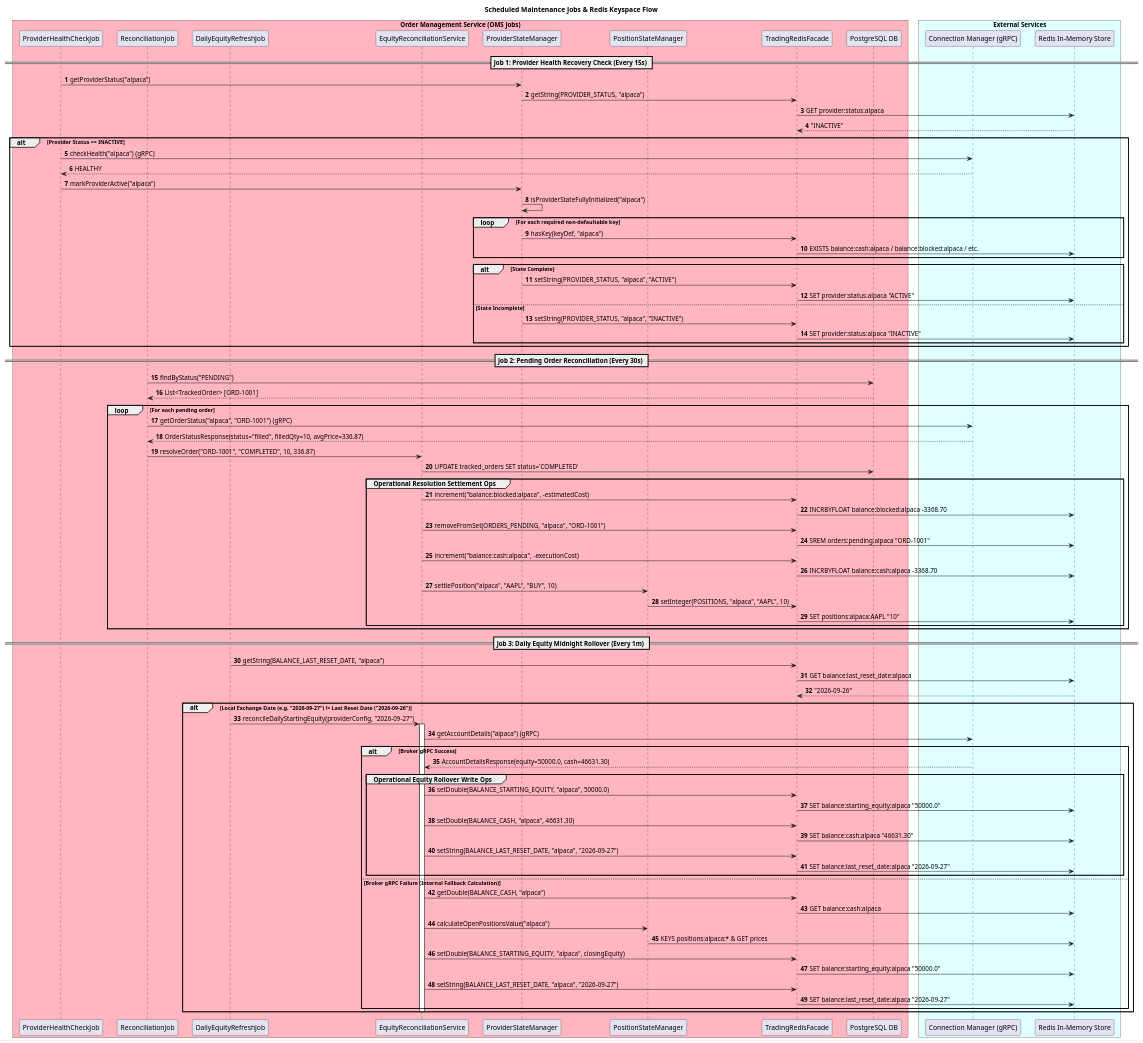
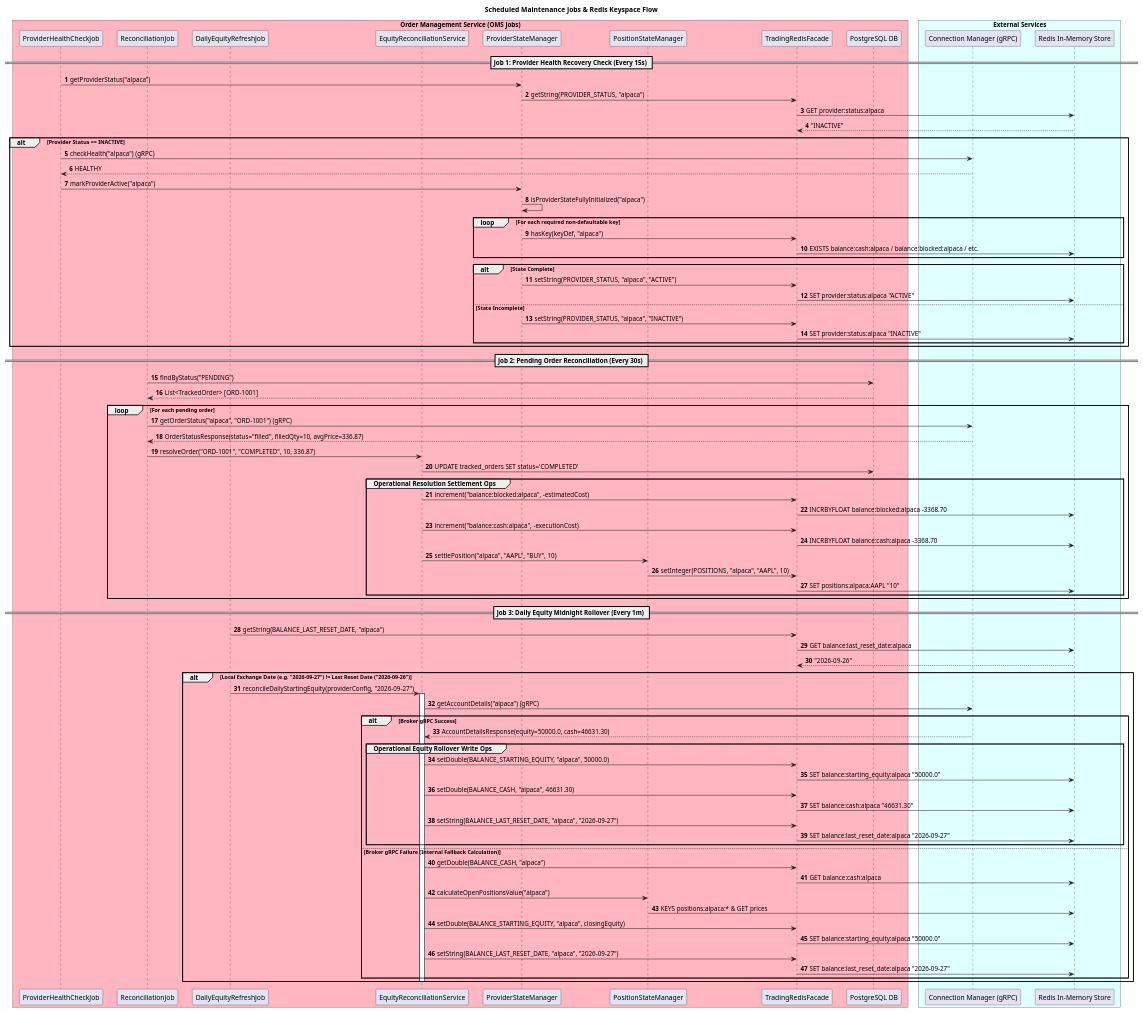
One commit to jeshupatelg/distributed-trading-system changed the diagram in design/redis-keys-flow/jobs.puml. Above: the diagram before and after it, drawn with PlantUML. The commit also changed 11 other files, not shown here.

Commit message:
feat(redis,state): remove dead write-only key ORDERS_PENDING across OPS, OMS, shared-models, and docs

```diff
--- a/design/redis-keys-flow/jobs.puml
+++ b/design/redis-keys-flow/jobs.puml
@@ -1,104 +1,102 @@
 @startuml jobs_sequence
 title Scheduled Maintenance Jobs & Redis Keyspace Flow
 
 autonumber
 skinparam BoxPadding 10
 skinparam ParticipantPadding 10
 
 box "Order Management Service (OMS Jobs)" #LightPink
 participant "ProviderHealthCheckJob" as PHJ
 participant "ReconciliationJob" as RJ
 participant "DailyEquityRefreshJob" as DERJ
 participant "EquityReconciliationService" as ERS
 participant "ProviderStateManager" as PSM
 participant "PositionStateManager" as POS
 participant "TradingRedisFacade" as TRF
 participant "PostgreSQL DB" as DB
 end box
 
 box "External Services" #LightCyan
 participant "Connection Manager (gRPC)" as CM
 participant "Redis In-Memory Store" as Redis
 end box
 
 == Job 1: Provider Health Recovery Check (Every 15s) ==
 PHJ -> PSM: getProviderStatus("alpaca")
 PSM -> TRF: getString(PROVIDER_STATUS, "alpaca")
 TRF -> Redis: GET provider:status:alpaca
 Redis --> TRF: "INACTIVE"
 
 alt Provider Status == INACTIVE
     PHJ -> CM: checkHealth("alpaca") (gRPC)
     CM --> PHJ: HEALTHY
     PHJ -> PSM: markProviderActive("alpaca")
     PSM -> PSM: isProviderStateFullyInitialized("alpaca")
     loop For each required non-defaultable key
         PSM -> TRF: hasKey(keyDef, "alpaca")
         TRF -> Redis: EXISTS balance:cash:alpaca / balance:blocked:alpaca / etc.
     end
     alt State Complete
         PSM -> TRF: setString(PROVIDER_STATUS, "alpaca", "ACTIVE")
         TRF -> Redis: SET provider:status:alpaca "ACTIVE"
     else State Incomplete
         PSM -> TRF: setString(PROVIDER_STATUS, "alpaca", "INACTIVE")
         TRF -> Redis: SET provider:status:alpaca "INACTIVE"
     end
 end
 
 == Job 2: Pending Order Reconciliation (Every 30s) ==
 RJ -> DB: findByStatus("PENDING")
 DB --> RJ: List<TrackedOrder> [ORD-1001]
 
 loop For each pending order
     RJ -> CM: getOrderStatus("alpaca", "ORD-1001") (gRPC)
     CM --> RJ: OrderStatusResponse(status="filled", filledQty=10, avgPrice=336.87)
     RJ -> ERS: resolveOrder("ORD-1001", "COMPLETED", 10, 336.87)
     ERS -> DB: UPDATE tracked_orders SET status='COMPLETED'
     
     group Operational Resolution Settlement Ops
         ERS -> TRF: increment("balance:blocked:alpaca", -estimatedCost)
         TRF -> Redis: INCRBYFLOAT balance:blocked:alpaca -3368.70
-        ERS -> TRF: removeFromSet(ORDERS_PENDING, "alpaca", "ORD-1001")
-        TRF -> Redis: SREM orders:pending:alpaca "ORD-1001"
         ERS -> TRF: increment("balance:cash:alpaca", -executionCost)
         TRF -> Redis: INCRBYFLOAT balance:cash:alpaca -3368.70
         ERS -> POS: settlePosition("alpaca", "AAPL", "BUY", 10)
         POS -> TRF: setInteger(POSITIONS, "alpaca", "AAPL", 10)
         TRF -> Redis: SET positions:alpaca:AAPL "10"
     end
 end
 
 == Job 3: Daily Equity Midnight Rollover (Every 1m) ==
 DERJ -> TRF: getString(BALANCE_LAST_RESET_DATE, "alpaca")
 TRF -> Redis: GET balance:last_reset_date:alpaca
 Redis --> TRF: "2026-09-26"
 
 alt Local Exchange Date (e.g. "2026-09-27") != Last Reset Date ("2026-09-26")
     DERJ -> ERS: reconcileDailyStartingEquity(providerConfig, "2026-09-27")
     activate ERS
     ERS -> CM: getAccountDetails("alpaca") (gRPC)
     
     alt Broker gRPC Success
         CM --> ERS: AccountDetailsResponse(equity=50000.0, cash=46631.30)
         group Operational Equity Rollover Write Ops
             ERS -> TRF: setDouble(BALANCE_STARTING_EQUITY, "alpaca", 50000.0)
             TRF -> Redis: SET balance:starting_equity:alpaca "50000.0"
             ERS -> TRF: setDouble(BALANCE_CASH, "alpaca", 46631.30)
             TRF -> Redis: SET balance:cash:alpaca "46631.30"
             ERS -> TRF: setString(BALANCE_LAST_RESET_DATE, "alpaca", "2026-09-27")
             TRF -> Redis: SET balance:last_reset_date:alpaca "2026-09-27"
         end
     else Broker gRPC Failure (Internal Fallback Calculation)
         ERS -> TRF: getDouble(BALANCE_CASH, "alpaca")
         TRF -> Redis: GET balance:cash:alpaca
         ERS -> POS: calculateOpenPositionsValue("alpaca")
         POS -> Redis: KEYS positions:alpaca:* & GET prices
         ERS -> TRF: setDouble(BALANCE_STARTING_EQUITY, "alpaca", closingEquity)
         TRF -> Redis: SET balance:starting_equity:alpaca "50000.0"
         ERS -> TRF: setString(BALANCE_LAST_RESET_DATE, "alpaca", "2026-09-27")
         TRF -> Redis: SET balance:last_reset_date:alpaca "2026-09-27"
     end
     deactivate ERS
 end
 
 @enduml
```
